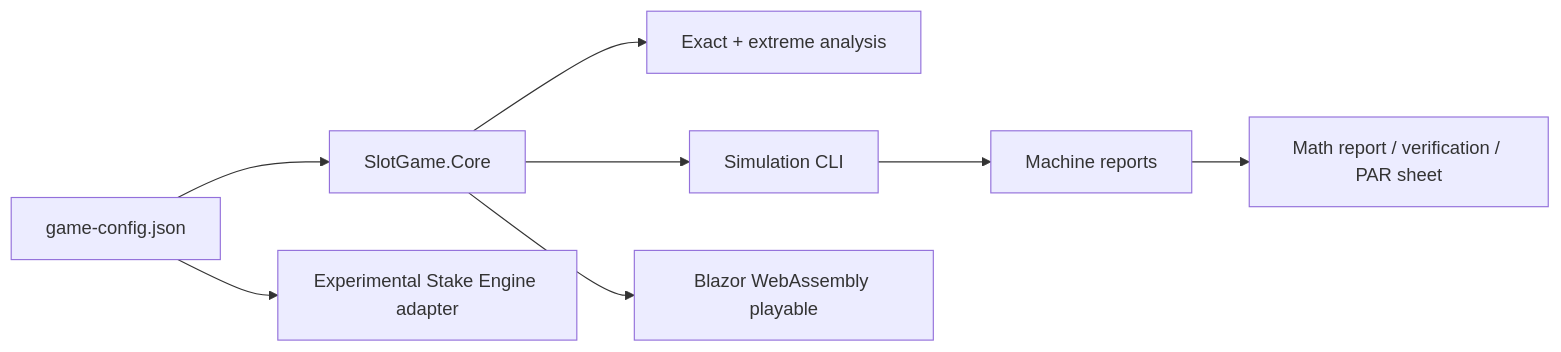
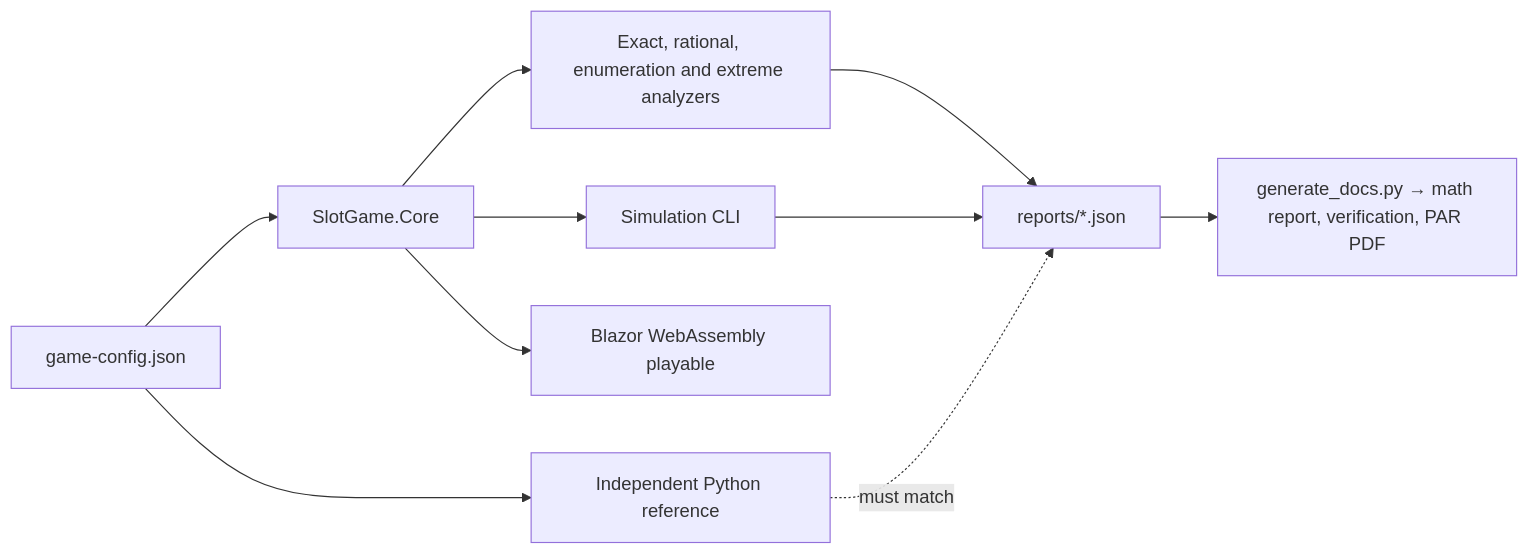
One commit to walidelkersh/aether-loom changed the diagram in README.md. Above: the diagram before and after it, drawn with Mermaid. The commit also changed other lines of this file and 49 other files, not shown here.

First line of the commit message:
feat(math): exact PAR stats, per-bet tension state, independent check

````diff
--- a/README.md
+++ b/README.md
@@ -63,10 +79,12 @@
 ```mermaid
 flowchart LR
   J[game-config.json] --> C[SlotGame.Core]
-  C --> E[Exact + extreme analysis]
+  C --> E[Exact, rational, enumeration and extreme analyzers]
   C --> S[Simulation CLI]
   C --> P[Blazor WebAssembly playable]
-  S --> R[Machine reports]
-  R --> D[Math report / verification / PAR sheet]
-  J --> A[Experimental Stake Engine adapter]
+  J --> Y[Independent Python reference]
+  E --> R[reports/*.json]
+  S --> R
+  Y -. must match .-> R
+  R --> D[generate_docs.py → math report, verification, PAR PDF]
 ```
````
